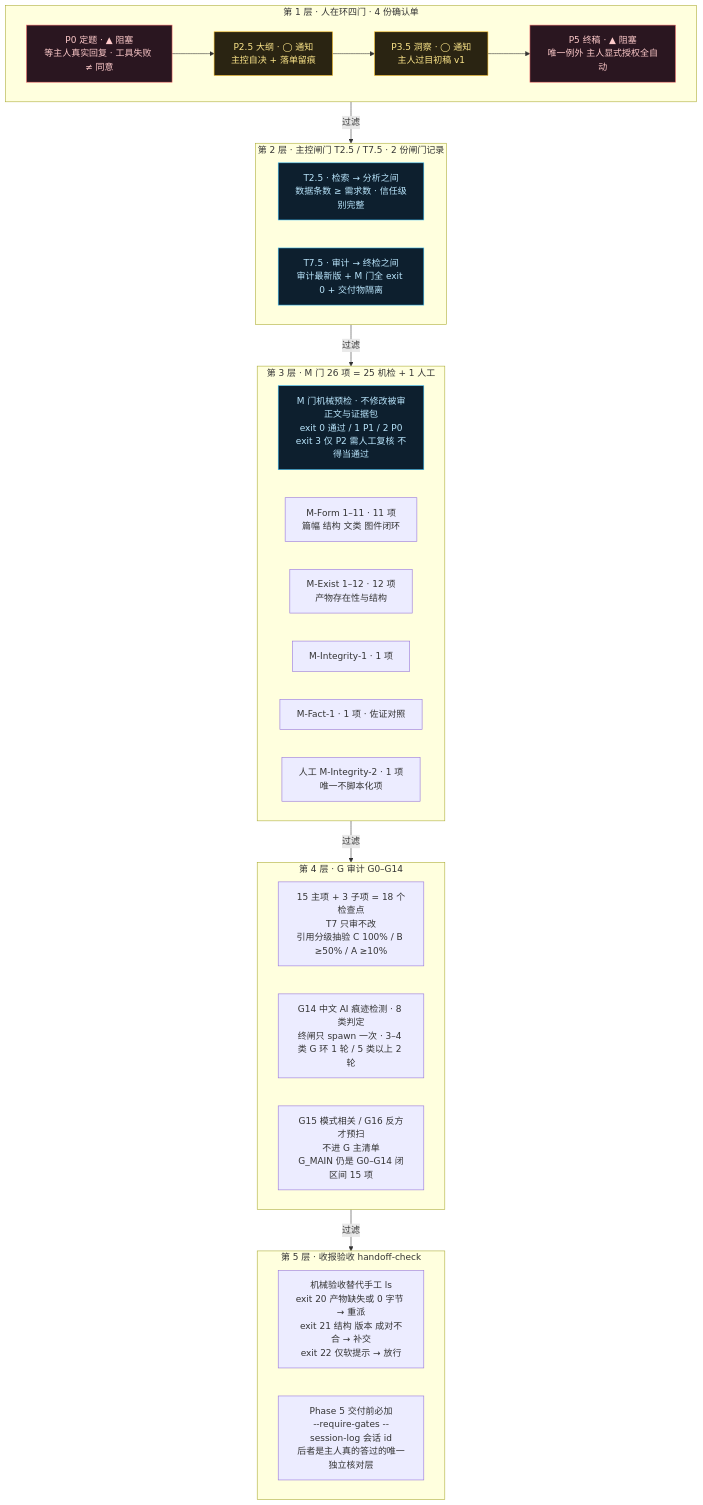
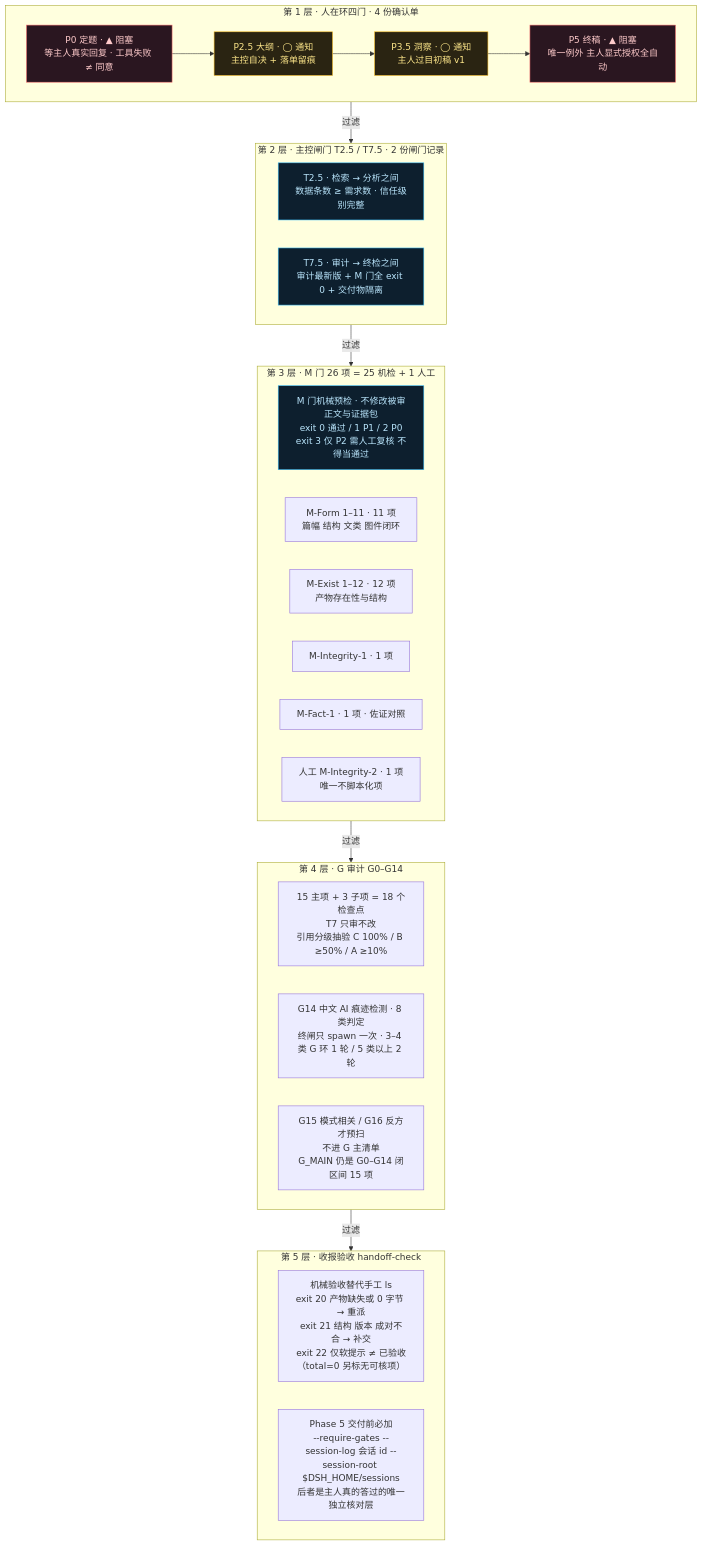
The third of 4 diagrams in skills/lunheng-article-pipeline/references/_shared/机制全景.mmd (zuoyunlai/lunheng-article-pipeline-dsh), drawn with Mermaid before and after one commit. The commit also changed other lines of this file and 15 other files, not shown here.

````diff
--- a/skills/lunheng-article-pipeline/references/_shared/机制全景.mmd
+++ b/skills/lunheng-article-pipeline/references/_shared/机制全景.mmd
@@ -143,51 +144,51 @@
 ```mermaid
 %% 论衡 v19.18.1 · 五层门禁 · 真源 SKILL.md / pipeline-readme.md
 flowchart TD
   subgraph l1["第 1 层 · 人在环四门 · 4 份确认单"]
     p0["P0 定题 · ▲ 阻塞<br/>等主人真实回复 · 工具失败 ≠ 同意"]
     p25["P2.5 大纲 · ◯ 通知<br/>主控自决 + 落单留痕"]
     p35["P3.5 洞察 · ◯ 通知<br/>主人过目初稿 v1"]
     p5["P5 终稿 · ▲ 阻塞<br/>唯一例外 主人显式授权全自动"]
   end
 
   subgraph l2["第 2 层 · 主控闸门 T2.5 / T7.5 · 2 份闸门记录"]
     t25["T2.5 · 检索 → 分析之间<br/>数据条数 ≥ 需求数 · 信任级别完整"]
     t75["T7.5 · 审计 → 终检之间<br/>审计最新版 + M 门全 exit 0 + 交付物隔离"]
   end
 
   subgraph l3["第 3 层 · M 门 26 项 = 25 机检 + 1 人工"]
     mq["M 门机械预检 · 不修改被审正文与证据包<br/>exit 0 通过 / 1 P1 / 2 P0<br/>exit 3 仅 P2 需人工复核 不得当通过"]
     mf["M-Form 1–11 · 11 项<br/>篇幅 结构 文类 图件闭环"]
     me["M-Exist 1–12 · 12 项<br/>产物存在性与结构"]
     mi["M-Integrity-1 · 1 项"]
     mfa["M-Fact-1 · 1 项 · 佐证对照"]
     mm["人工 M-Integrity-2 · 1 项<br/>唯一不脚本化项"]
   end
 
   subgraph l4["第 4 层 · G 审计 G0–G14"]
     gm["15 主项 + 3 子项 = 18 个检查点<br/>T7 只审不改<br/>引用分级抽验 C 100% / B ≥50% / A ≥10%"]
     g14["G14 中文 AI 痕迹检测 · 8 类判定<br/>终闸只 spawn 一次 · 3–4 类 G 环 1 轮 / 5 类以上 2 轮"]
     gx["G15 模式相关 / G16 反方才预扫<br/>不进 G 主清单<br/>G_MAIN 仍是 G0–G14 闭区间 15 项"]
   end
 
   subgraph l5["第 5 层 · 收报验收 handoff-check"]
-    hc["机械验收替代手工 ls<br/>exit 20 产物缺失或 0 字节 → 重派<br/>exit 21 结构 版本 成对不合 → 补交<br/>exit 22 仅软提示 → 放行"]
-    hg["Phase 5 交付前必加<br/>--require-gates --session-log 会话 id<br/>后者是主人真的答过的唯一独立核对层"]
+    hc["机械验收替代手工 ls<br/>exit 20 产物缺失或 0 字节 → 重派<br/>exit 21 结构 版本 成对不合 → 补交<br/>exit 22 仅软提示 ≠ 已验收（total=0 另标无可核项）"]
+    hg["Phase 5 交付前必加<br/>--require-gates --session-log 会话 id --session-root $DSH_HOME/sessions<br/>后者是主人真的答过的唯一独立核对层"]
   end
 
   p0 --> p25
   p25 --> p35
   p35 --> p5
 
   l1 -->|"过滤"| l2
   l2 -->|"过滤"| l3
   l3 -->|"过滤"| l4
   l4 -->|"过滤"| l5
 
   classDef block fill:#2a1620,stroke:#f87171,color:#fecaca
   classDef notify fill:#2a2412,stroke:#fbbf24,color:#fde68a
   classDef mech fill:#0d1f2e,stroke:#38bdf8,color:#bae6fd
   class p0,p5 block
   class p25,p35 notify
   class t25,t75,mq mech
 ```
````
